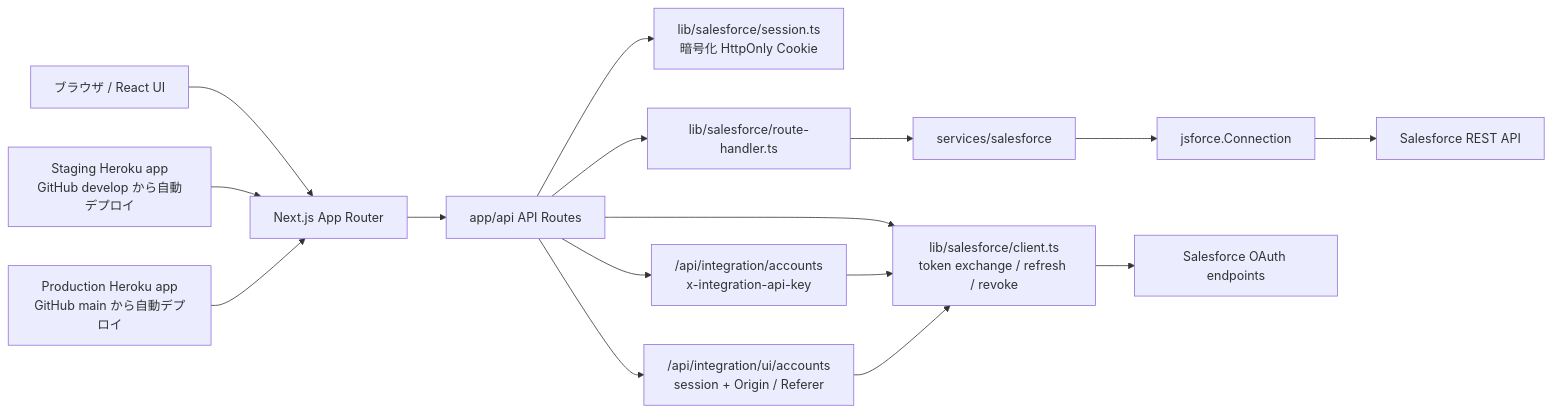
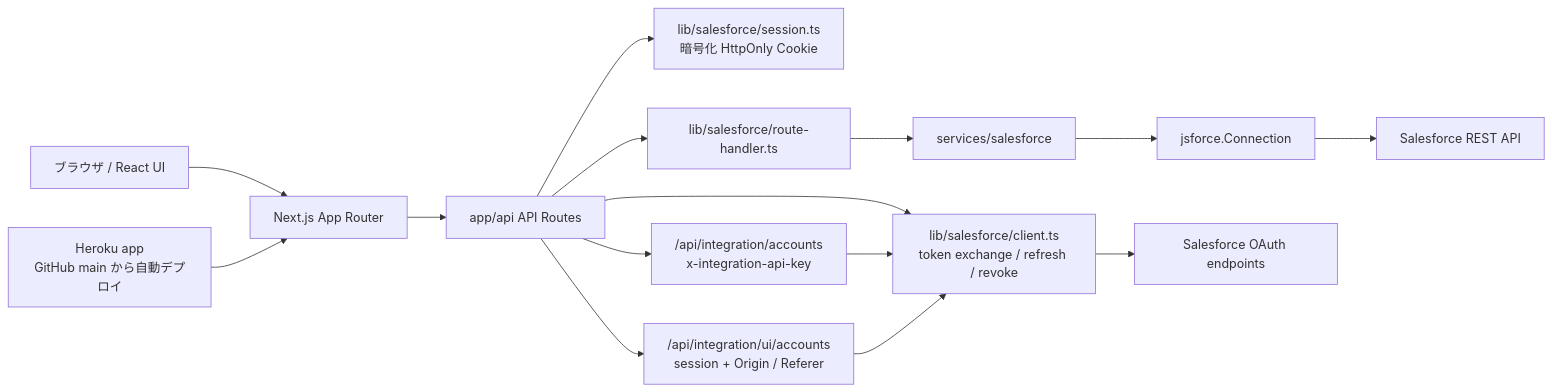
Before and after one commit to tyoshikawa1106/salesforce-api-playground: the first of 3 diagrams in docs/architecture/system-overview.md, drawn with Mermaid. The commit also changed other lines of this file and 10 other files, not shown here.

Commit message:
docs: GitHub Flow 運用へ移行

````diff
--- a/docs/architecture/system-overview.md
+++ b/docs/architecture/system-overview.md
@@ -20,18 +20,17 @@
 ```mermaid
 flowchart LR
     Browser["ブラウザ / React UI"] --> App["Next.js App Router"]
     App --> Api["app/api API Routes"]
     Api --> Session["lib/salesforce/session.ts<br/>暗号化 HttpOnly Cookie"]
     Api --> RouteHandler["lib/salesforce/route-handler.ts"]
     RouteHandler --> Service["services/salesforce"]
     Service --> Jsforce["jsforce.Connection"]
     Jsforce --> Salesforce["Salesforce REST API"]
     Api --> OAuthClient["lib/salesforce/client.ts<br/>token exchange / refresh / revoke"]
     OAuthClient --> SalesforceOAuth["Salesforce OAuth endpoints"]
     Api --> IntegrationApi["/api/integration/accounts<br/>x-integration-api-key"]
     Api --> IntegrationUiApi["/api/integration/ui/accounts<br/>session + Origin / Referer"]
     IntegrationApi --> OAuthClient
     IntegrationUiApi --> OAuthClient
-    StageHeroku["Staging Heroku app<br/>GitHub develop から自動デプロイ"] --> App
-    ProductionHeroku["Production Heroku app<br/>GitHub main から自動デプロイ"] --> App
+    Heroku["Heroku app<br/>GitHub main から自動デプロイ"] --> App
 ```
````
